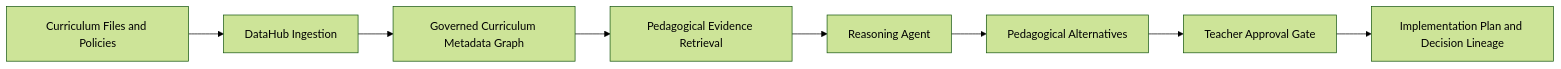
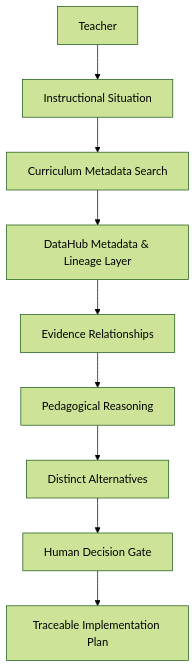
Before and after one commit to Zahraishag/zahraa-teacher-decision-lab-ai: the first of 2 diagrams in docs/ARCHITECTURE.md, drawn with Mermaid (forest theme). The commit also changed other lines of this file and 10 other files, not shown here.

Commit message:
Prepare final DataHub hackathon submission

````diff
--- a/docs/ARCHITECTURE.md
+++ b/docs/ARCHITECTURE.md
@@ -21,10 +5,11 @@
 ```mermaid
-flowchart LR
-    S[Curriculum Files and Policies] --> I[DataHub Ingestion]
-    I --> G[Governed Curriculum Metadata Graph]
-    G --> R[Pedagogical Evidence Retrieval]
-    R --> A[Reasoning Agent]
-    A --> P[Pedagogical Alternatives]
-    P --> H[Teacher Approval Gate]
-    H --> O[Implementation Plan and Decision Lineage]
+flowchart TD
+    T[Teacher] --> S[Instructional Situation]
+    S --> M[Curriculum Metadata Search]
+    M --> DH[DataHub Metadata & Lineage Layer]
+    DH --> EG[Evidence Relationships]
+    EG --> PR[Pedagogical Reasoning]
+    PR --> A[Distinct Alternatives]
+    A --> H[Human Decision Gate]
+    H --> P[Traceable Implementation Plan]
 ```
````
